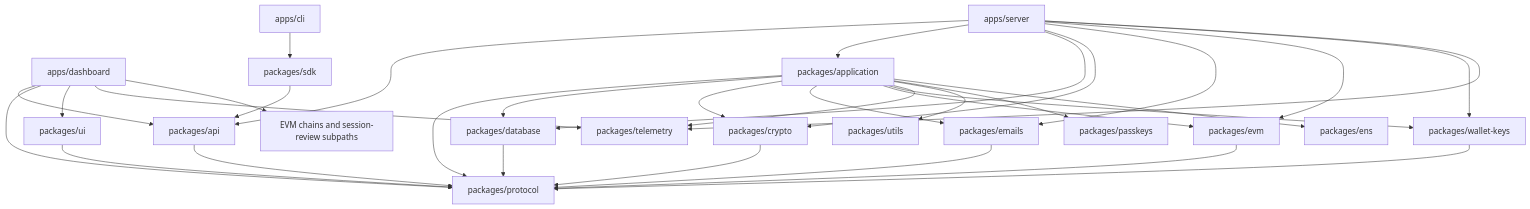
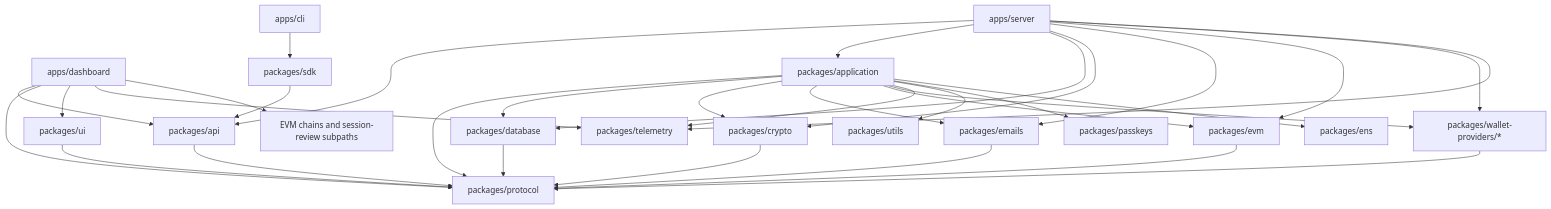
The diagram in architecture/engineering/repository.md (thenamespace/namera), drawn with Mermaid before and after one commit. The commit also changed other lines of this file and 61 other files, not shown here.

````diff
--- a/architecture/engineering/repository.md
+++ b/architecture/engineering/repository.md
@@ -26,39 +26,39 @@
 ```mermaid
 flowchart TD
   Dashboard[apps/dashboard] --> API[packages/api]
   Dashboard --> Protocol[packages/protocol]
   Dashboard --> UI[packages/ui]
   Dashboard --> Telemetry[packages/telemetry]
 
   Server[apps/server] --> API
   Server --> Application[packages/application]
   Server --> Database[packages/database]
   Server --> Crypto[packages/crypto]
   Server --> Emails[packages/emails]
   Server --> EVM[packages/evm]
-  Server --> WalletKeys[packages/wallet-keys]
+  Server --> Providers[packages/wallet-providers/*]
   Server --> Telemetry
 
   Application --> Protocol
   Application --> Database
   Application --> Crypto
   Application --> Emails
   Application --> EVM
-  Application --> WalletKeys
+  Application --> Providers
   Application --> Telemetry
   Application --> Utils[packages/utils]
   Application --> Passkeys[packages/passkeys]
   Application --> ENS[packages/ens]
   Dashboard --> EvmBrowser[EVM chains and session-review subpaths]
 
   API --> Protocol
   Database --> Protocol
   Crypto --> Protocol
   EVM --> Protocol
   Emails --> Protocol
-  WalletKeys --> Protocol
+  Providers --> Protocol
   UI --> Protocol
 
   SDK[packages/sdk] --> API
   CLI[apps/cli] --> SDK
 ```
````
